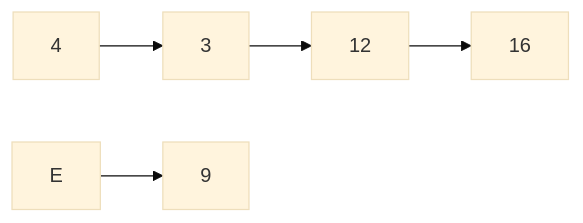
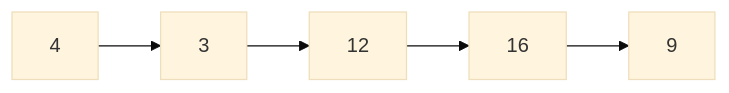
Before and after one commit to Jeffrey-S-Smith/reading-notes-401: the third of 6 diagrams in remove-duplicates-from-a-linked-list.md, drawn with Mermaid (base theme).

````diff
--- a/remove-duplicates-from-a-linked-list.md
+++ b/remove-duplicates-from-a-linked-list.md
@@ -43,7 +43,7 @@
 ```mermaid
     graph LR
       A[4] --> B[3]
       B --> C[12]
       C --> D[16]
-      E --> F[9]
+      D --> E[9]
 ```
````
